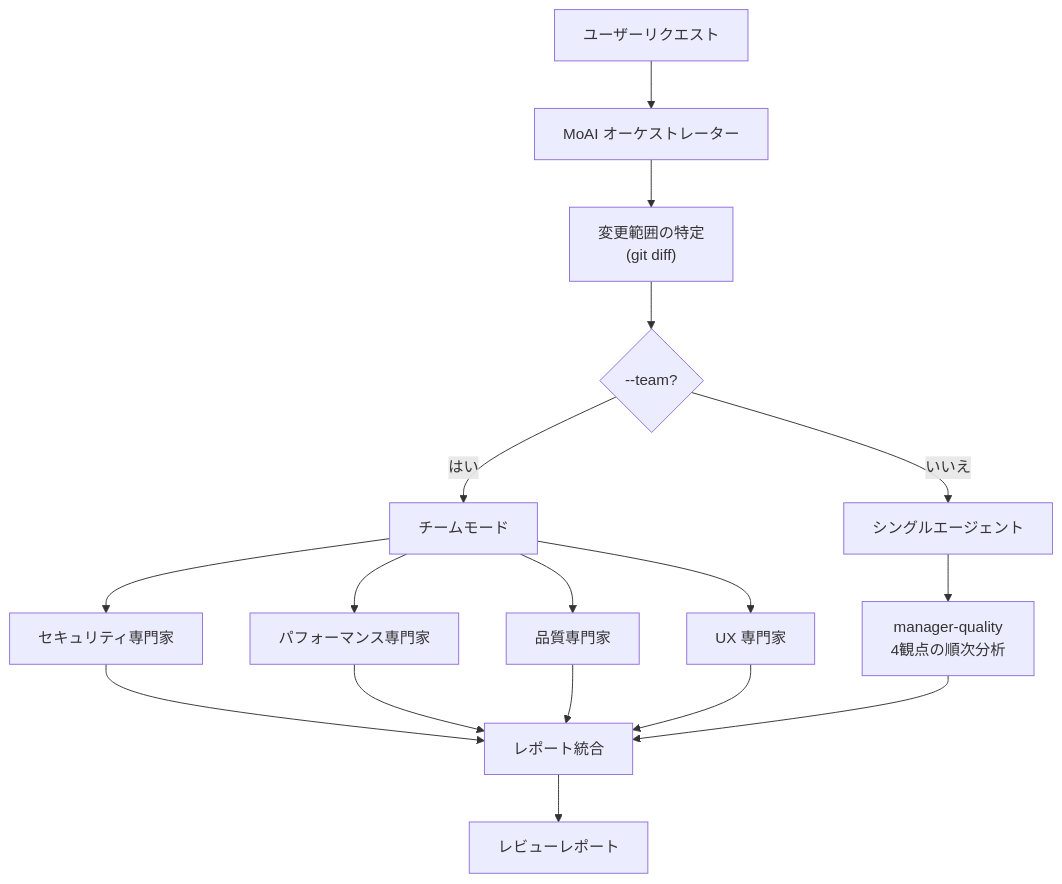
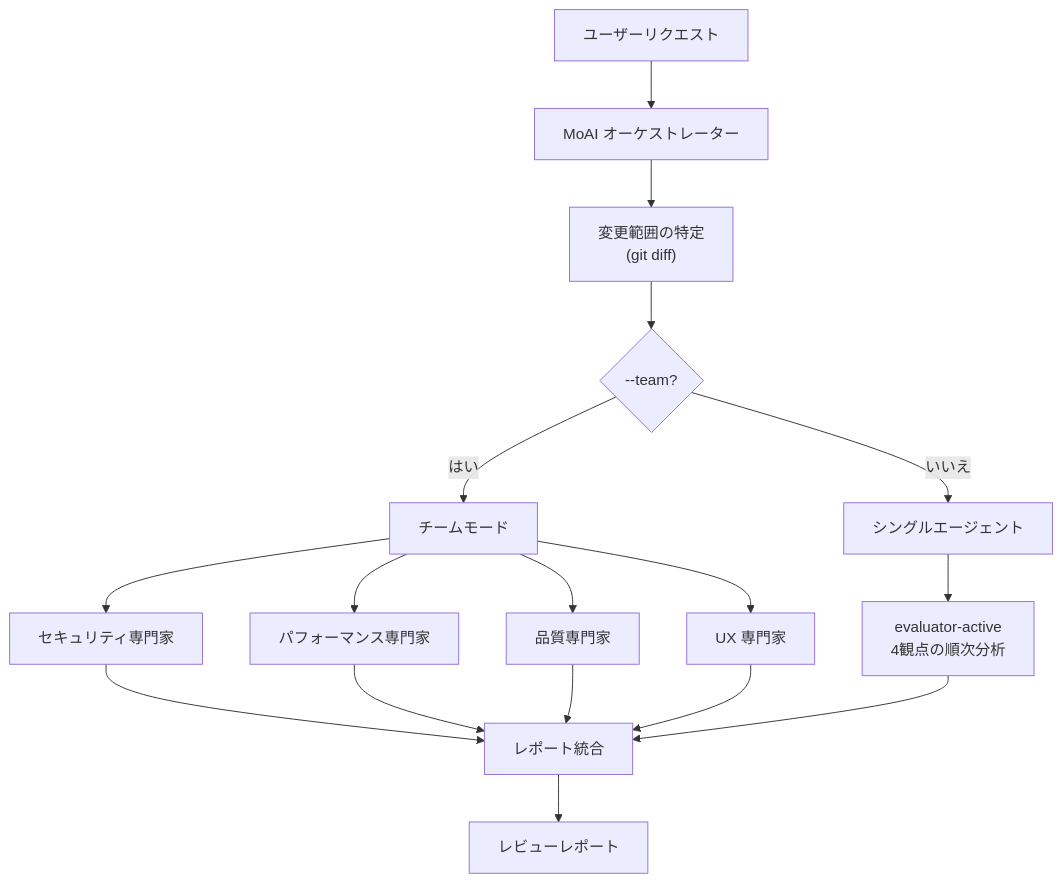
One commit to modu-ai/moai-adk changed the second of 2 diagrams in docs-site/content/ja/quality-commands/moai-review.md. Above: the diagram before and after it, drawn with Mermaid. The commit also changed other lines of this file and 153 other files, not shown here.

````diff
--- a/docs-site/content/ja/quality-commands/moai-review.md
+++ b/docs-site/content/ja/quality-commands/moai-review.md
@@ -223,24 +223,24 @@
 ```mermaid
 flowchart TD
     User["ユーザーリクエスト"] --> MoAI["MoAI オーケストレーター"]
     MoAI --> Identify["変更範囲の特定<br/>(git diff)"]
     Identify --> Agent{"--team?"}
 
     Agent -->|はい| Team["チームモード"]
     Agent -->|いいえ| Single["シングルエージェント"]
 
     Team --> R1["セキュリティ専門家"]
     Team --> R2["パフォーマンス専門家"]
     Team --> R3["品質専門家"]
     Team --> R4["UX 専門家"]
 
-    Single --> Quality["manager-quality<br/>4観点の順次分析"]
+    Single --> Quality["evaluator-active<br/>4観点の順次分析"]
 
     R1 --> Consolidate["レポート統合"]
     R2 --> Consolidate
     R3 --> Consolidate
     R4 --> Consolidate
     Quality --> Consolidate
 
     Consolidate --> Report["レビューレポート"]
 ```
````
